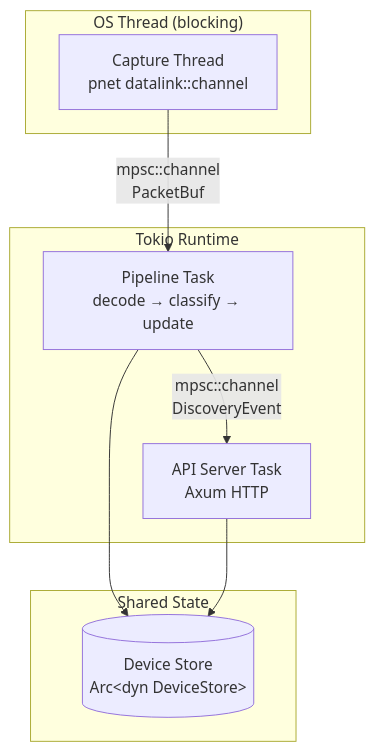
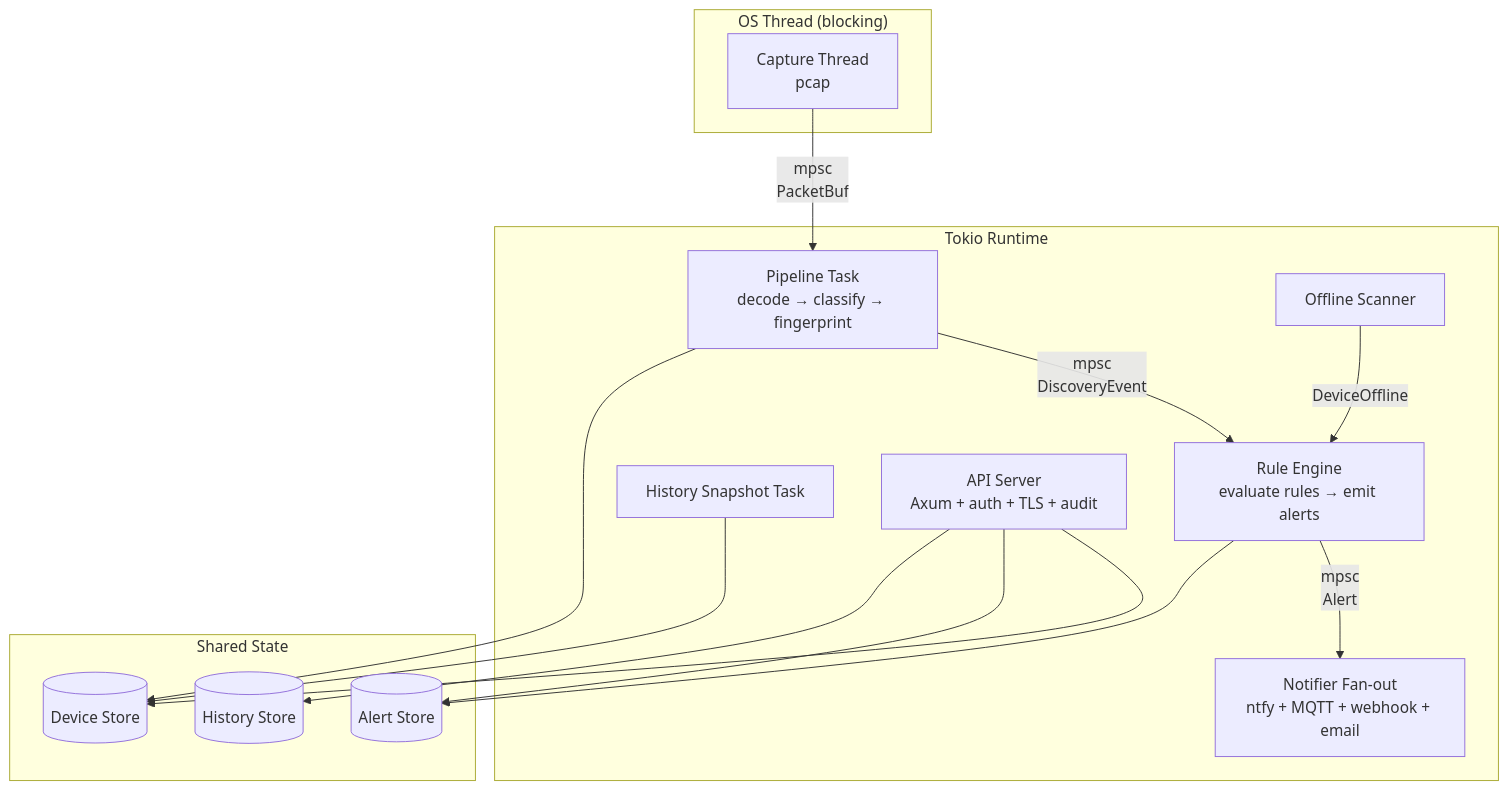
Before and after one commit to raythurman2386/edgeshield: the first of 3 diagrams in ARCHITECTURE.md, drawn with Mermaid. The commit also changed other lines of this file and 5 other files, not shown here.

````diff
--- a/ARCHITECTURE.md
+++ b/ARCHITECTURE.md
@@ -7,20 +7,32 @@
 ```mermaid
 graph TB
     subgraph "OS Thread (blocking)"
-        CAP[Capture Thread<br/>pnet datalink::channel]
+        CAP[Capture Thread<br/>pcap]
     end
 
     subgraph "Tokio Runtime"
-        PIP[Pipeline Task<br/>decode → classify → update]
-        API[API Server Task<br/>Axum HTTP]
+        PIP[Pipeline Task<br/>decode → classify → fingerprint]
+        RULES[Rule Engine<br/>evaluate rules → emit alerts]
+        FANOUT[Notifier Fan-out<br/>ntfy + MQTT + webhook + email]
+        SCAN[Offline Scanner]
+        HIST[History Snapshot Task]
+        API[API Server<br/>Axum + auth + TLS + audit]
     end
 
     subgraph "Shared State"
-        STORE[(Device Store<br/>Arc&lt;dyn DeviceStore&gt;)]
+        STORE[(Device Store)]
+        ALERTS[(Alert Store)]
+        HISTORY[(History Store)]
     end
 
-    CAP -->|mpsc::channel<br/>PacketBuf| PIP
-    PIP -->|mpsc::channel<br/>DiscoveryEvent| API
+    CAP -->|mpsc<br/>PacketBuf| PIP
+    PIP -->|mpsc<br/>DiscoveryEvent| RULES
+    RULES -->|mpsc<br/>Alert| FANOUT
+    SCAN -->|DeviceOffline| RULES
+    HIST --> STORE
     PIP --> STORE
+    RULES --> ALERTS
     API --> STORE
+    API --> ALERTS
+    API --> HISTORY
 ```
````
